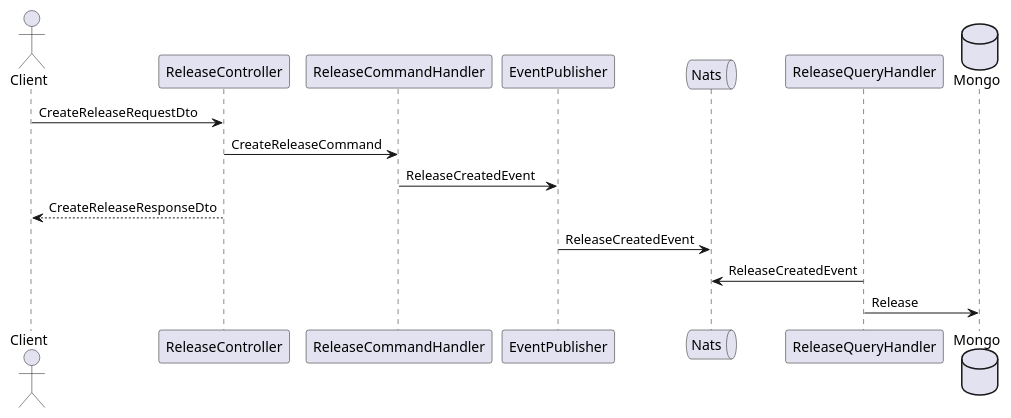
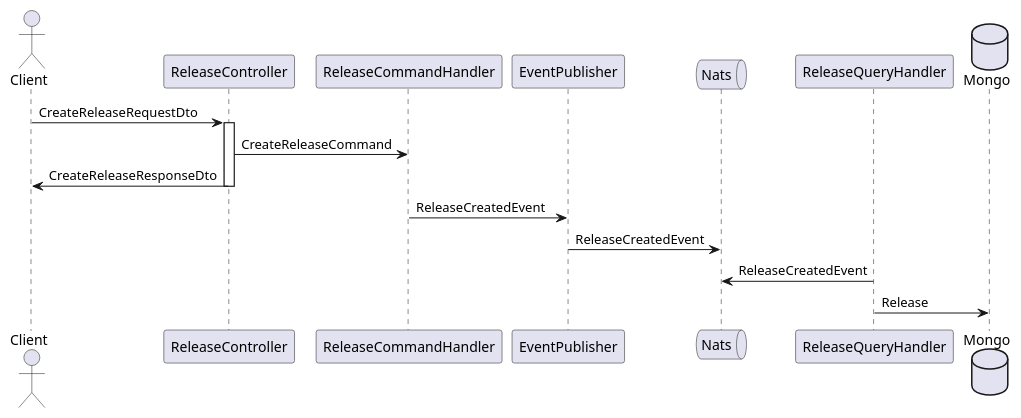
Before and after one commit to pklink/folker: the diagram in cqrs.puml, drawn with PlantUML. The commit also changed 24 other files, not shown here.

```diff
--- a/cqrs.puml
+++ b/cqrs.puml
@@ -1,22 +1,24 @@
 @startuml
 
 actor Client
 participant ReleaseController
 participant ReleaseCommandHandler
 participant EventPublisher
 queue Nats
 participant ReleaseQueryHandler
 database Mongo
 
 Client -> ReleaseController: CreateReleaseRequestDto
+activate ReleaseController
 ReleaseController -> ReleaseCommandHandler : CreateReleaseCommand
+Client <- ReleaseController : CreateReleaseResponseDto
+deactivate ReleaseController
+
 ReleaseCommandHandler -> EventPublisher : ReleaseCreatedEvent
-ReleaseController --> Client : CreateReleaseResponseDto
-
 
 EventPublisher -> Nats : ReleaseCreatedEvent
 
 Nats <- ReleaseQueryHandler : ReleaseCreatedEvent
 ReleaseQueryHandler -> Mongo : Release
 
 @enduml
```
